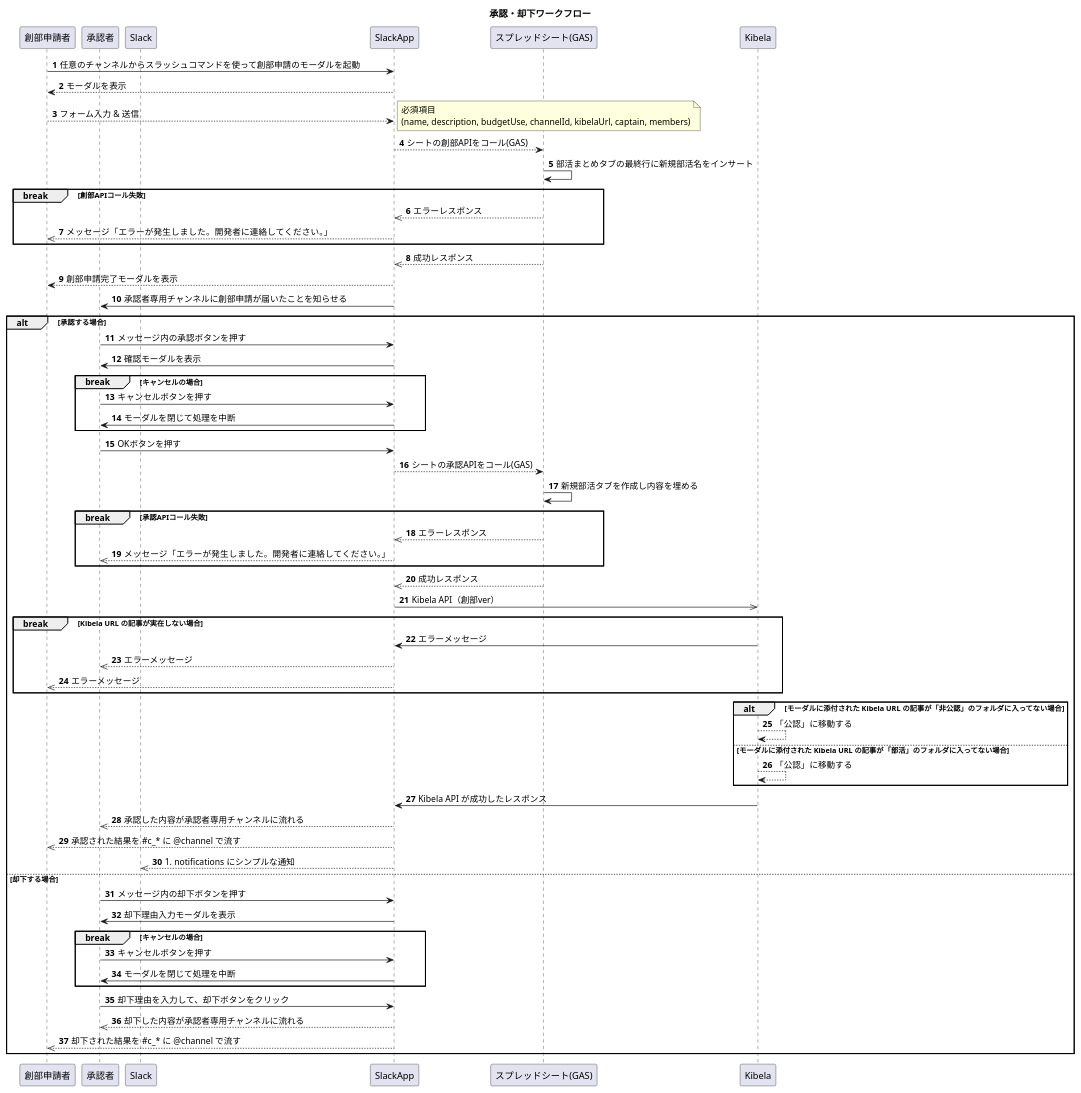
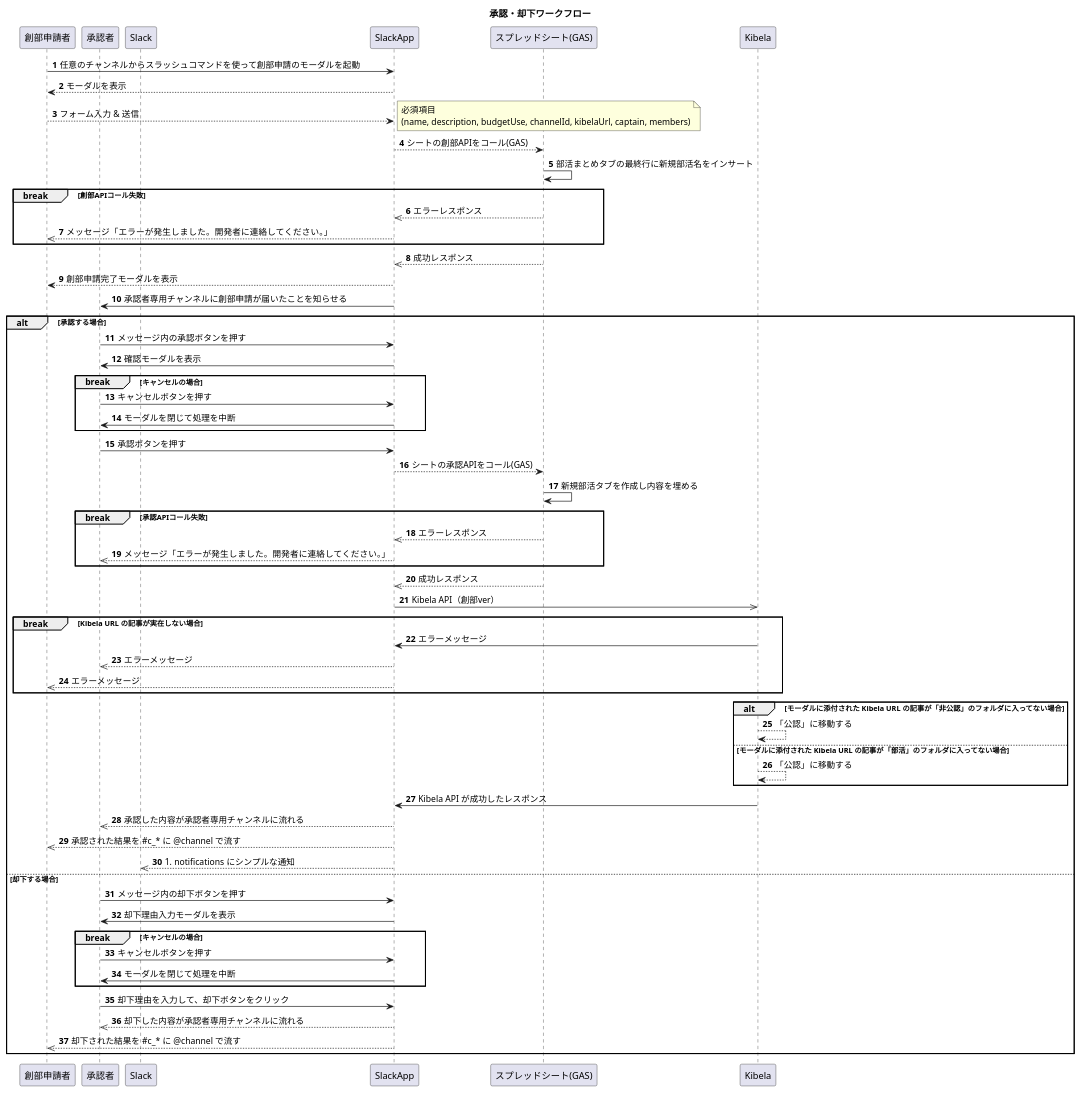
Before and after one commit to tam-bourine/club-entry-manager: the diagram in docs/sequence-diagram/CreateClub.pu, drawn with PlantUML.

Commit message:
docs: rename OK -> 承認

```diff
--- a/docs/sequence-diagram/CreateClub.pu
+++ b/docs/sequence-diagram/CreateClub.pu
@@ -1,84 +1,84 @@
 @startuml
 
 title 承認・却下ワークフロー
 
 autonumber
 participant 創部申請者 as captain
 participant 承認者 as auth
 participant Slack as slack
 participant SlackApp as slackapp
 participant "スプレッドシート(GAS)" as sheet
 participant Kibela as kibela
 
 captain -> slackapp: 任意のチャンネルからスラッシュコマンドを使って創部申請のモーダルを起動
 slackapp --> captain: モーダルを表示
 captain --> slackapp: フォーム入力 & 送信
 note right: 必須項目\n(name, description, budgetUse, channelId, kibelaUrl, captain, members)
 slackapp --> sheet: シートの創部APIをコール(GAS)
 sheet -> sheet: 部活まとめタブの最終行に新規部活名をインサート
 
 break 創部APIコール失敗
     sheet -->> slackapp: エラーレスポンス
     slackapp -->> captain: メッセージ「エラーが発生しました。開発者に連絡してください。」
 end
 
 sheet -->> slackapp: 成功レスポンス
 
 slackapp --> captain: 創部申請完了モーダルを表示
 slackapp -> auth: 承認者専用チャンネルに創部申請が届いたことを知らせる
 
 alt 承認する場合
     auth -> slackapp: メッセージ内の承認ボタンを押す
     slackapp -> auth: 確認モーダルを表示
 
     break キャンセルの場合
         auth -> slackapp: キャンセルボタンを押す
         slackapp -> auth: モーダルを閉じて処理を中断
     end
 
-    auth -> slackapp: OKボタンを押す
+    auth -> slackapp: 承認ボタンを押す
 
     slackapp --> sheet: シートの承認APIをコール(GAS)
     sheet -> sheet: 新規部活タブを作成し内容を埋める
 
     break 承認APIコール失敗
         sheet -->> slackapp: エラーレスポンス
         slackapp -->> auth: メッセージ「エラーが発生しました。開発者に連絡してください。」
     end
 
     sheet -->> slackapp: 成功レスポンス
     slackapp ->> kibela: Kibela API（創部ver）
 
     break Kibela URL の記事が実在しない場合
         kibela -> slackapp: エラーメッセージ
         slackapp -->> auth: エラーメッセージ
         slackapp -->> captain: エラーメッセージ
     end
 
     alt モーダルに添付された Kibela URL の記事が「非公認」のフォルダに入ってない場合
         kibela --> kibela: 「公認」に移動する
     else モーダルに添付された Kibela URL の記事が「部活」のフォルダに入ってない場合
         kibela --> kibela: 「公認」に移動する
     end
 
     kibela -> slackapp: Kibela API が成功したレスポンス
     slackapp -->> auth: 承認した内容が承認者専用チャンネルに流れる
     slackapp -->> captain: 承認された結果を #c_* に @channel で流す
     slackapp -->> slack: #notifications にシンプルな通知
 
 else 却下する場合
     auth -> slackapp: メッセージ内の却下ボタンを押す
     slackapp -> auth: 却下理由入力モーダルを表示
     
     break キャンセルの場合
         auth -> slackapp: キャンセルボタンを押す
         slackapp -> auth: モーダルを閉じて処理を中断
     end
 
     auth -> slackapp: 却下理由を入力して、却下ボタンをクリック
 
     slackapp -->> auth: 却下した内容が承認者専用チャンネルに流れる
     slackapp -->> captain: 却下された結果を #c_* に @channel で流す
 end
 
 @enduml
```
